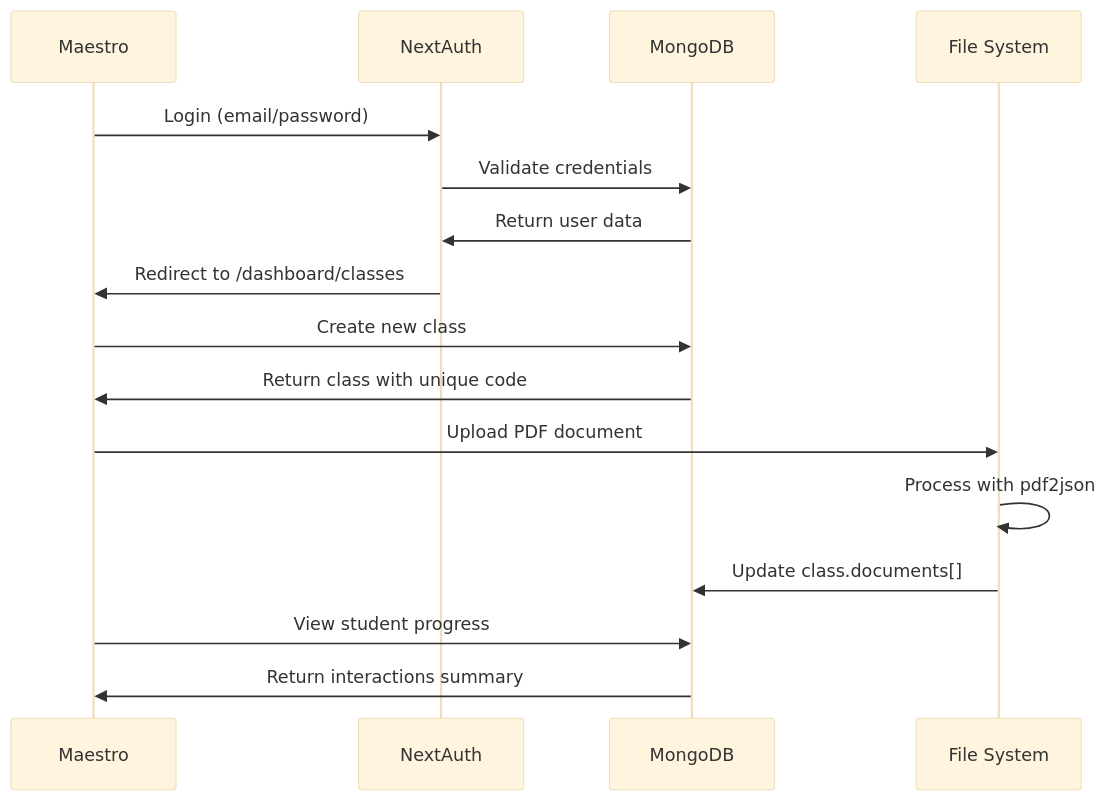
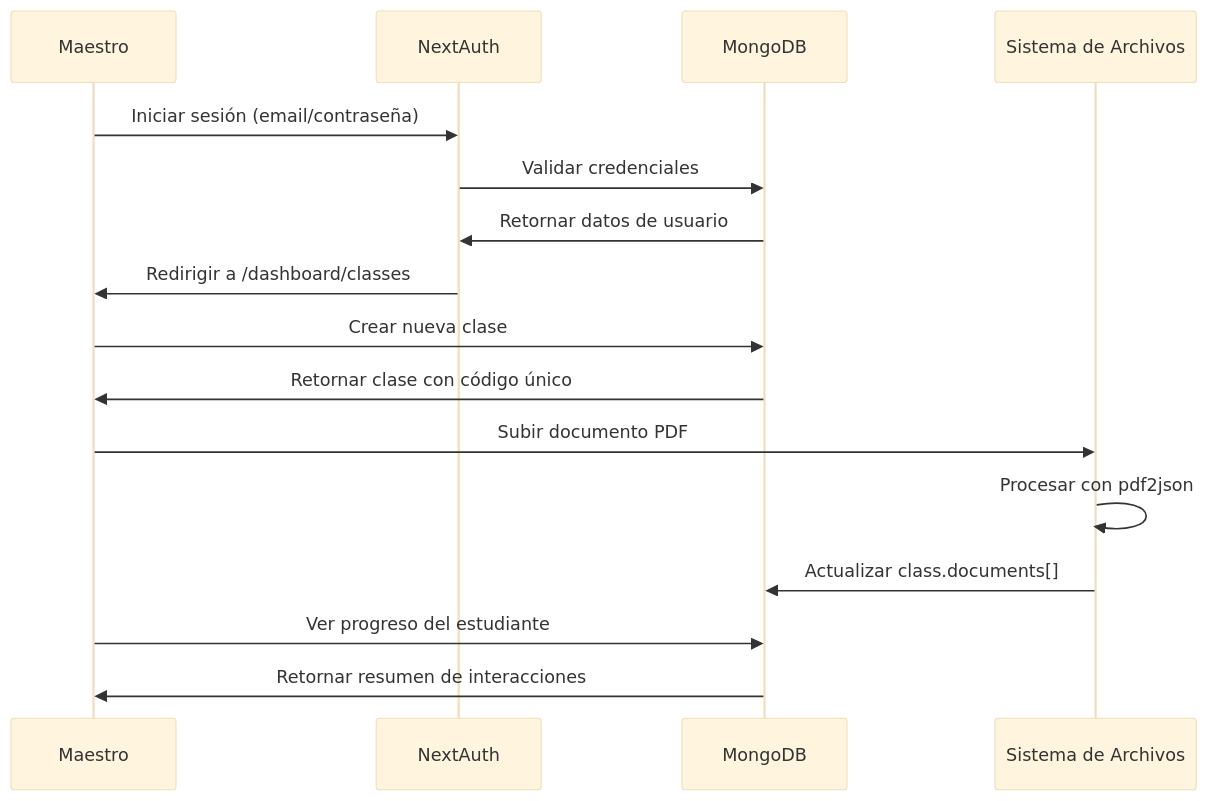
Before and after one commit to olired2/chatbot: the fourth of 5 diagrams in ARQUITECTURA.md, drawn with Mermaid (base theme). The commit also changed other lines of this file and 8 other files, not shown here.

Commit message:
docs: actualizacion de toda la documentacion al español, creacion de roadmap y limpieza

````diff
--- a/ARQUITECTURA.md
+++ b/ARQUITECTURA.md
@@ -432,22 +429,22 @@
 ```mermaid
 sequenceDiagram
     participant M as Maestro
     participant Auth as NextAuth
     participant DB as MongoDB
-    participant FS as File System
+    participant FS as Sistema de Archivos
     
-    M->>Auth: Login (email/password)
-    Auth->>DB: Validate credentials
-    DB->>Auth: Return user data
-    Auth->>M: Redirect to /dashboard/classes
+    M->>Auth: Iniciar sesión (email/contraseña)
+    Auth->>DB: Validar credenciales
+    DB->>Auth: Retornar datos de usuario
+    Auth->>M: Redirigir a /dashboard/classes
     
-    M->>DB: Create new class
-    DB->>M: Return class with unique code
+    M->>DB: Crear nueva clase
+    DB->>M: Retornar clase con código único
     
-    M->>FS: Upload PDF document
-    FS->>FS: Process with pdf2json
-    FS->>DB: Update class.documents[]
+    M->>FS: Subir documento PDF
+    FS->>FS: Procesar con pdf2json
+    FS->>DB: Actualizar class.documents[]
     
-    M->>DB: View student progress
-    DB->>M: Return interactions summary
+    M->>DB: Ver progreso del estudiante
+    DB->>M: Retornar resumen de interacciones
 ```
````
